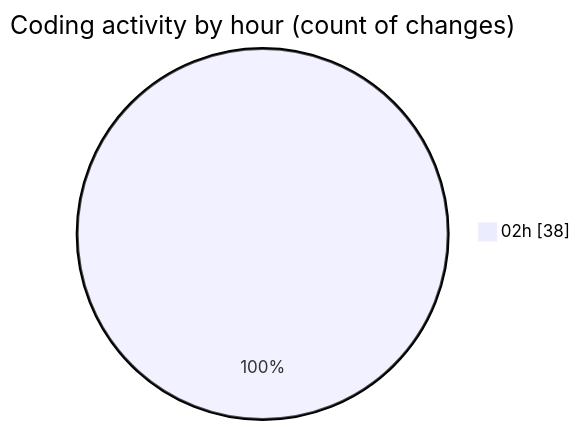
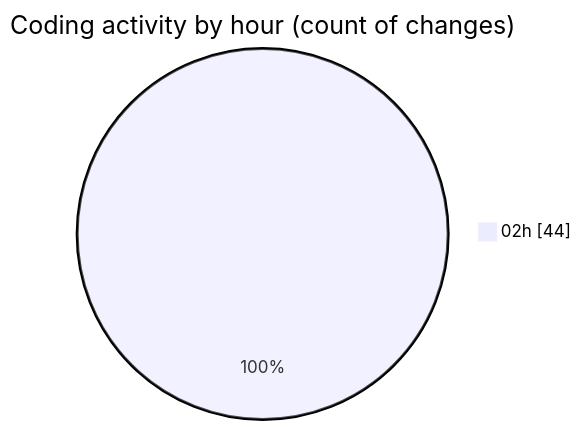
Before and after one commit to ernivani/code-tracking: the second of 2 diagrams in 2025-01-02/3drust/README.md, drawn with Mermaid. The commit also changed other lines of this file and 2 other files, not shown here.

````diff
--- a/2025-01-02/3drust/README.md
+++ b/2025-01-02/3drust/README.md
@@ -32,5 +32,5 @@
 ```mermaid
 pie showData
 title Coding activity by hour (count of changes)
-"02h" : 38
+"02h" : 44
 ```
````
